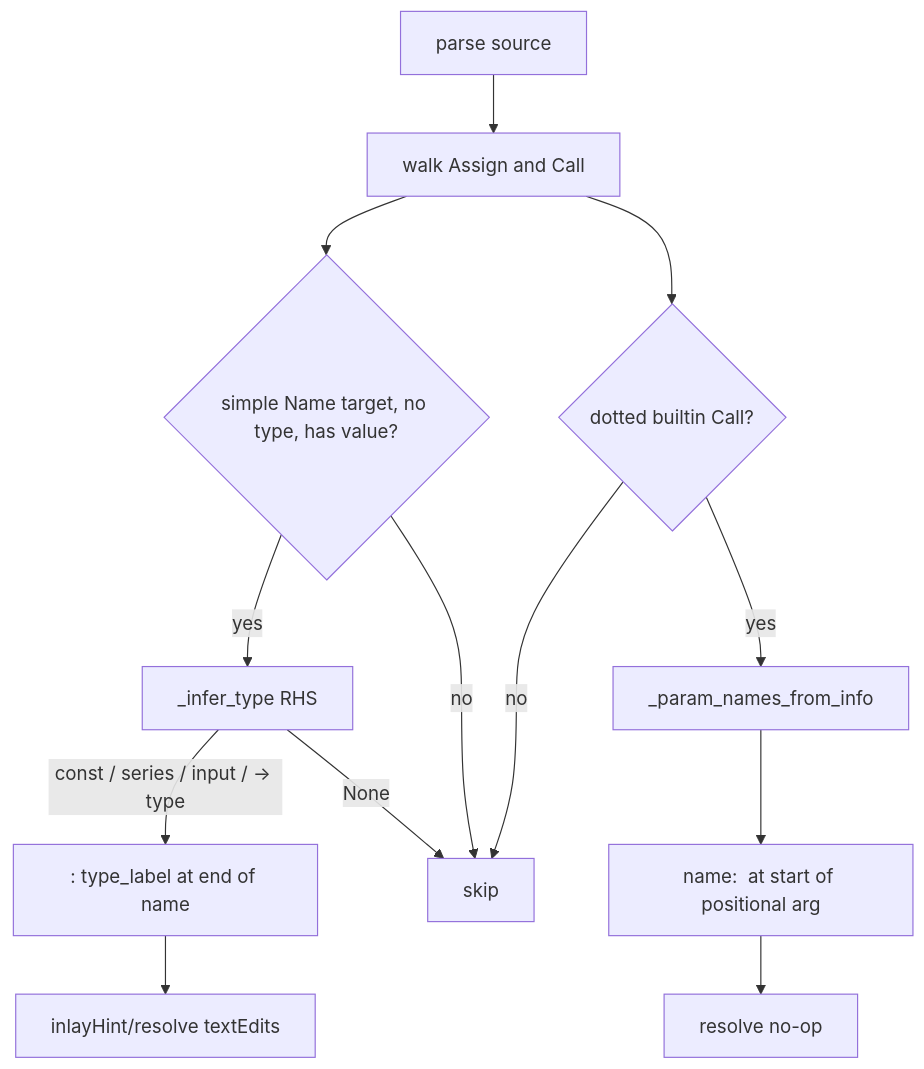
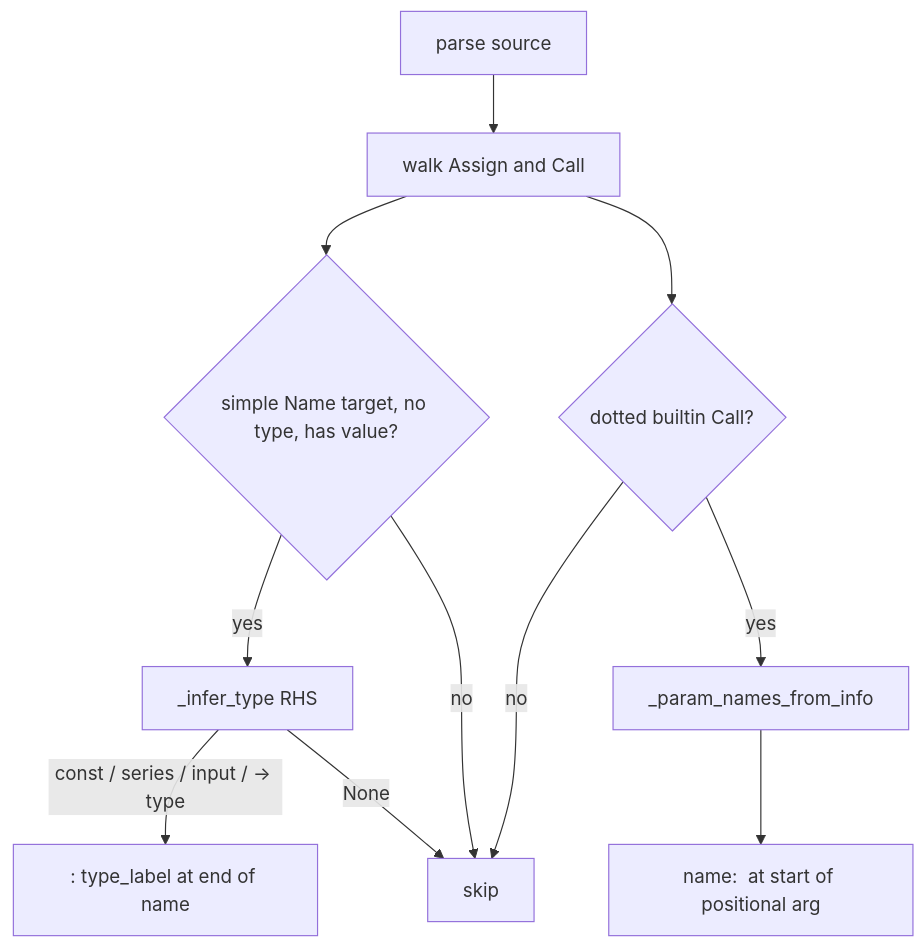
One commit to hoox-sh/pyne changed the diagram in docs/pyne/lsp/features/inlay-hints.mdx. Above: the diagram before and after it, drawn with Mermaid. The commit also changed other lines of this file and 16 other files, not shown here.

````diff
--- a/docs/pyne/lsp/features/inlay-hints.mdx
+++ b/docs/pyne/lsp/features/inlay-hints.mdx
@@ -33,15 +33,13 @@
 ```mermaid
 flowchart TD
   PARSE[parse source] --> WALK[walk Assign and Call]
   WALK --> ASG{simple Name target, no type, has value?}
   ASG -->|yes| INF[_infer_type RHS]
   INF -->|const / series / input / → type| THINT[": type_label" at end of name]
   INF -->|None| SKIP[skip]
   ASG -->|no| SKIP
   WALK --> CALL{dotted builtin Call?}
   CALL -->|yes| NAMES[_param_names_from_info]
   NAMES --> PHINT["name:  at start of positional arg"]
   CALL -->|no| SKIP
-  THINT --> RES[inlayHint/resolve textEdits]
-  PHINT --> NOOP[resolve no-op]
 ```
````
